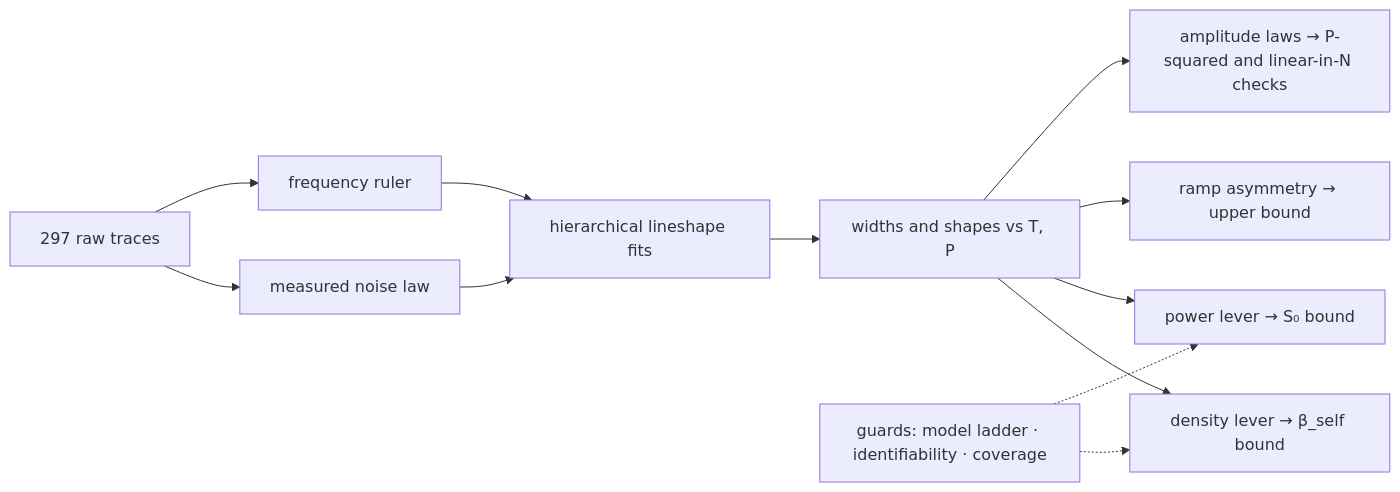
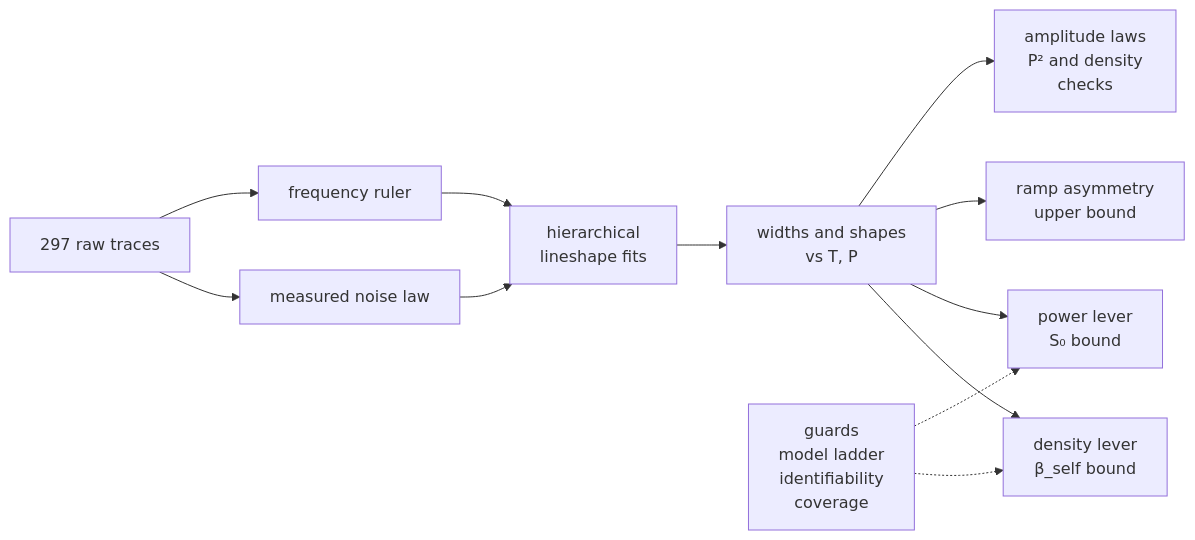
The diagram in README.md (MichelangeloDondi/Rb-5S-6S-analysis), drawn with Mermaid before and after one commit. The commit also changed other lines of this file and 18 other files, not shown here.

First line of the commit message:
render: inline math wrapped across lines showed as raw LaTeX; mermaid clipped its two longest labels; manuscript drafts unpublished

````diff
--- a/README.md
+++ b/README.md
@@ -76,14 +76,14 @@
 ```mermaid
 flowchart LR
-    T[297 raw traces] --> N[measured noise law]
-    T --> K[frequency ruler]
-    N --> F[hierarchical lineshape fits]
+    T["297 raw traces"] --> N["measured noise law"]
+    T --> K["frequency ruler"]
+    N --> F["hierarchical<br/>lineshape fits"]
     K --> F
-    F --> W[widths and shapes vs T, P]
-    W --> D[density lever → β_self bound]
-    W --> P[power lever → S₀ bound]
-    W --> S[ramp asymmetry → upper bound]
-    W --> A[amplitude laws → P-squared and linear-in-N checks]
-    G[guards: model ladder · identifiability · coverage] -.-> D
+    F --> W["widths and shapes<br/>vs T, P"]
+    W --> D["density lever<br/>β_self bound"]
+    W --> P["power lever<br/>S₀ bound"]
+    W --> S["ramp asymmetry<br/>upper bound"]
+    W --> A["amplitude laws<br/>P² and density<br/>checks"]
+    G["guards<br/>model ladder<br/>identifiability<br/>coverage"] -.-> D
     G -.-> P
 ```
````
